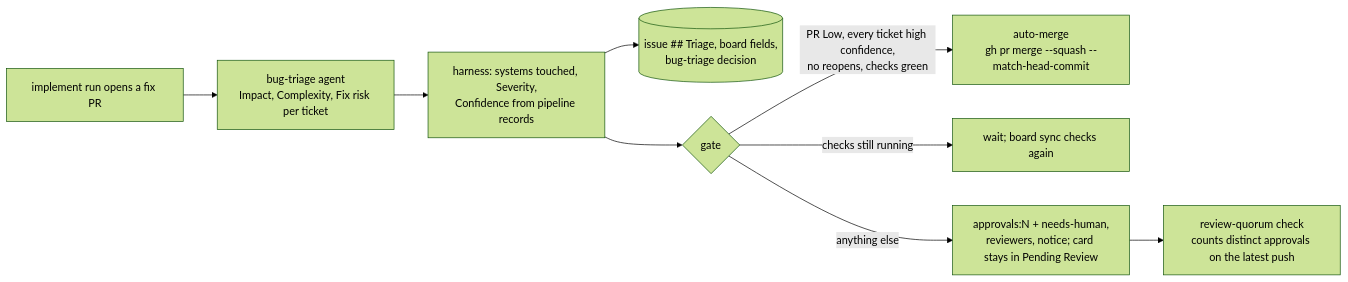
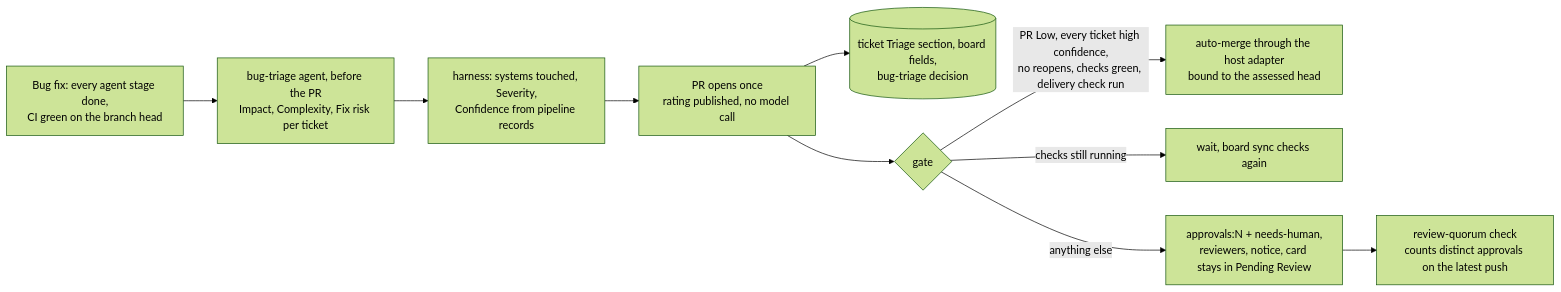
One commit to armandodollia-slalom/ai-app-factory-public changed the diagram in docs/ai-pipeline/review-gate.md. Above: the diagram before and after it, drawn with Mermaid (forest theme). The commit also changed other lines of this file and 157 other files, not shown here.

````diff
--- a/docs/ai-pipeline/review-gate.md
+++ b/docs/ai-pipeline/review-gate.md
@@ -9,11 +9,12 @@
 ```mermaid
 flowchart LR
-  P[implement run opens a fix PR] --> A[bug-triage agent<br/>Impact, Complexity, Fix risk per ticket]
-  A --> H[harness: systems touched, Severity,<br/>Confidence from pipeline records]
-  H --> R[(issue ## Triage, board fields,<br/>bug-triage decision)]
-  H --> G{gate}
-  G -->|PR Low, every ticket high confidence,<br/>no reopens, checks green| M[auto-merge<br/>gh pr merge --squash --match-head-commit]
-  G -->|checks still running| W[wait; board sync checks again]
-  G -->|anything else| V[approvals:N + needs-human,<br/>reviewers, notice; card stays in Pending Review]
-  V --> Q[review-quorum check<br/>counts distinct approvals on the latest push]
+  B["Bug fix: every agent stage done,<br/>CI green on the branch head"] --> A["bug-triage agent, before the PR<br/>Impact, Complexity, Fix risk per ticket"]
+  A --> H["harness: systems touched, Severity,<br/>Confidence from pipeline records"]
+  H --> O["PR opens once<br/>rating published, no model call"]
+  O --> R[("ticket Triage section, board fields,<br/>bug-triage decision")]
+  O --> G{"gate"}
+  G -->|"PR Low, every ticket high confidence,<br/>no reopens, checks green, delivery check run"| M["auto-merge through the host adapter<br/>bound to the assessed head"]
+  G -->|"checks still running"| W["wait, board sync checks again"]
+  G -->|"anything else"| V["approvals:N + needs-human,<br/>reviewers, notice, card stays in Pending Review"]
+  V --> Q["review-quorum check<br/>counts distinct approvals on the latest push"]
 ```
````
